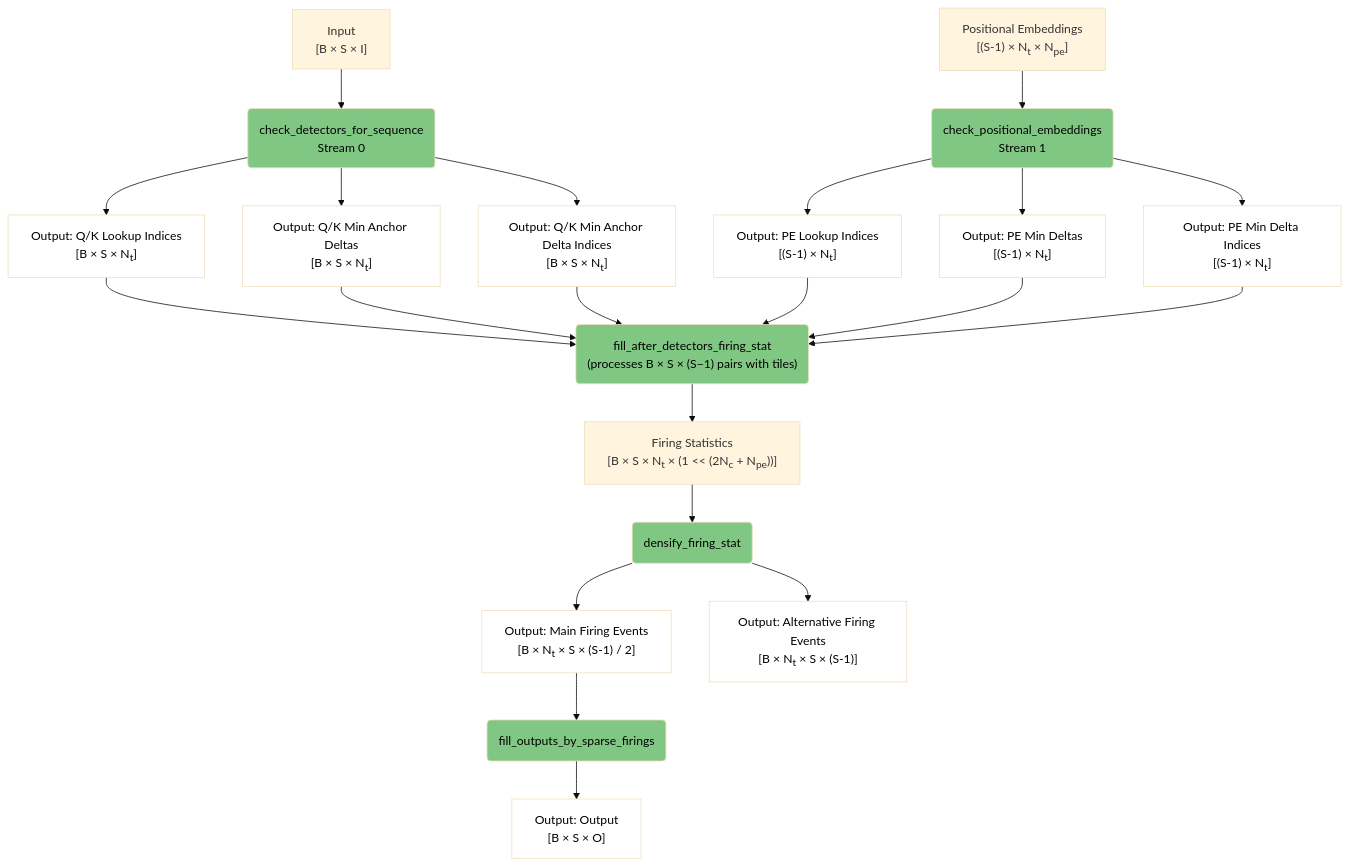
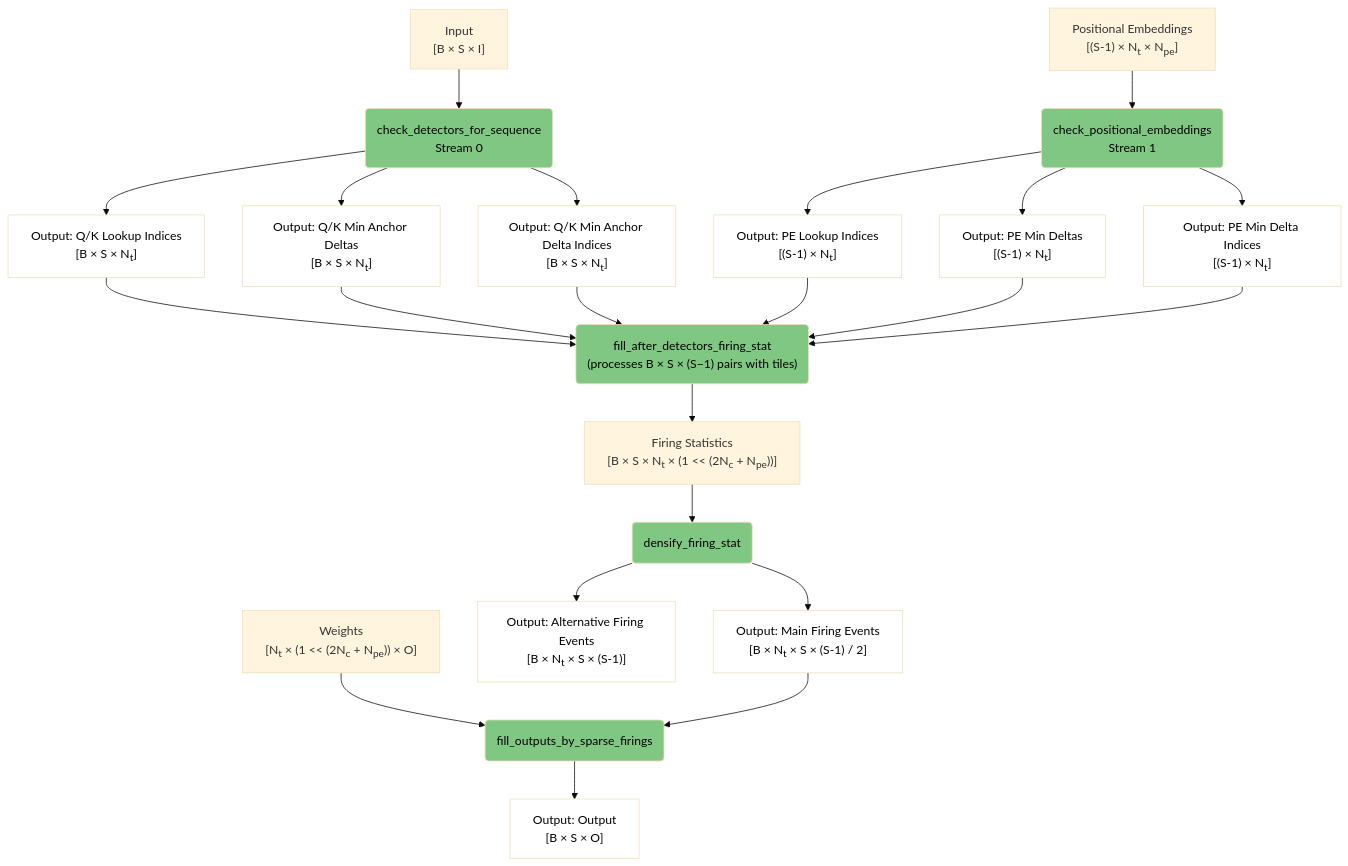
One commit to anatoli-starostin/spiky changed the fifth of 6 diagrams in spiky_cuda/lut/doc/LUT_RUNTIME_DATA_FLOW.md. Above: the diagram before and after it, drawn with Mermaid (base theme). The commit also changed other lines of this file, not shown here.

````diff
--- a/spiky_cuda/lut/doc/LUT_RUNTIME_DATA_FLOW.md
+++ b/spiky_cuda/lut/doc/LUT_RUNTIME_DATA_FLOW.md
@@ -102,46 +109,47 @@
 ```mermaid
 flowchart TD
     A["Input<br/>[B × S × I]"] --> B("check_detectors_for_sequence<br/>Stream 0")
     C["Positional Embeddings<br/>[(S-1) × N<sub>t</sub> × N<sub>pe</sub>]"] --> D("check_positional_embeddings<br/>Stream 1")
     
     B --> E["Output: Q/K Lookup Indices<br/>[B × S × N<sub>t</sub>]"]
     B --> F["Output: Q/K Min Anchor Deltas<br/>[B × S × N<sub>t</sub>]"]
     B --> G["Output: Q/K Min Anchor Delta Indices<br/>[B × S × N<sub>t</sub>]"]
     
     D --> H["Output: PE Lookup Indices<br/>[(S-1) × N<sub>t</sub>]"]
     D --> I["Output: PE Min Deltas<br/>[(S-1) × N<sub>t</sub>]"]
     D --> J["Output: PE Min Delta Indices<br/>[(S-1) × N<sub>t</sub>]"]
     
     E --> K("fill_after_detectors_firing_stat<br/>(processes&nbsp;B&nbsp;×&nbsp;S&nbsp;×&nbsp;(S&minus;1)&nbsp;pairs&nbsp;with&nbsp;tiles)")
     F --> K
     G --> K
     H --> K
     I --> K
     J --> K
     
     K --> L["Firing Statistics<br/>[B&nbsp;×&nbsp;S&nbsp;×&nbsp;N<sub>t</sub>&nbsp;×&nbsp;(1&nbsp;<<&nbsp;(2N<sub>c</sub>&nbsp;+&nbsp;N<sub>pe</sub>))]"]
     
     L --> M(densify_firing_stat)
     
     M --> N["Output: Main Firing Events<br/>[B × N<sub>t</sub> × S × (S-1) / 2]"]
     M --> O["Output: Alternative Firing Events<br/>[B × N<sub>t</sub> × S × (S-1)]"]
     
-    N --> P(fill_outputs_by_sparse_firings)
+    W5["Weights<br/>[N<sub>t</sub> × (1 << (2N<sub>c</sub> + N<sub>pe</sub>)) × O]"] --> P(fill_outputs_by_sparse_firings)
+    N --> P
     
     P --> Q["Output: Output<br/>[B × S × O]"]
     
     style B fill:#81c784,color:#000000
     style D fill:#81c784,color:#000000
     style K fill:#81c784,color:#000000
     style M fill:#81c784,color:#000000
     style P fill:#81c784,color:#000000
     style E fill:#ffffff,color:#000000
     style F fill:#ffffff,color:#000000
     style G fill:#ffffff,color:#000000
     style H fill:#ffffff,color:#000000
     style I fill:#ffffff,color:#000000
     style J fill:#ffffff,color:#000000
     style N fill:#ffffff,color:#000000
     style O fill:#ffffff,color:#000000
     style Q fill:#ffffff,color:#000000
 ```
````
